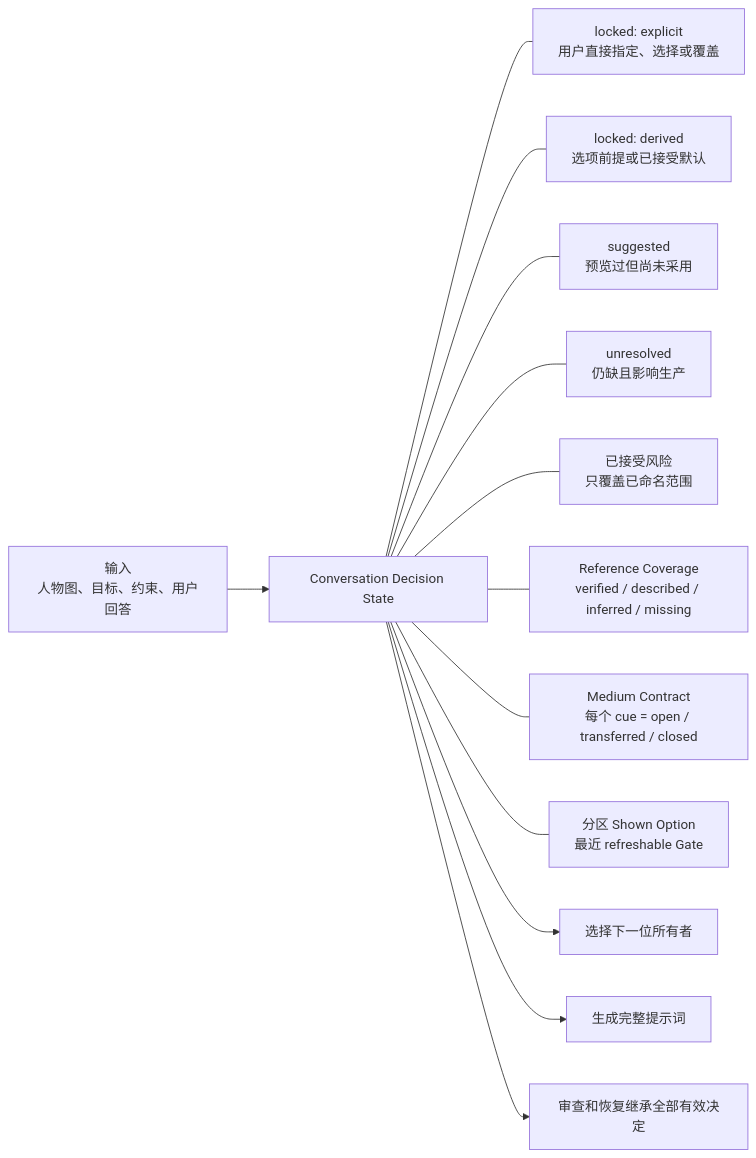
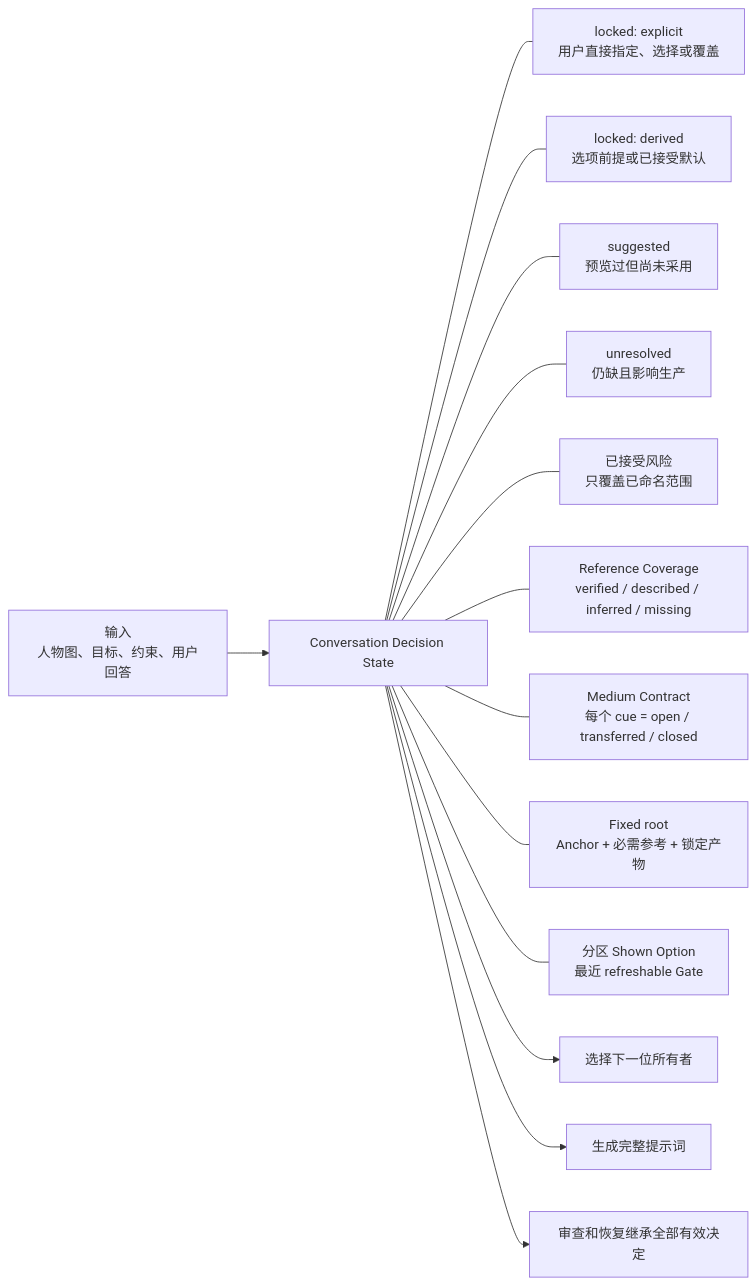
The third of 13 diagrams in docs/architecture.md (cyaoc/cast-me), drawn with Mermaid before and after one commit. The commit also changed other lines of this file and 6 other files, not shown here.

````diff
--- a/docs/architecture.md
+++ b/docs/architecture.md
@@ -136,17 +137,18 @@
 ```mermaid
 flowchart LR
     INPUT["输入<br/>人物图、目标、约束、用户回答"] --> STATE["Conversation Decision State"]
 
     STATE --- E["locked: explicit<br/>用户直接指定、选择或覆盖"]
     STATE --- D["locked: derived<br/>选项前提或已接受默认"]
     STATE --- S["suggested<br/>预览过但尚未采用"]
     STATE --- U["unresolved<br/>仍缺且影响生产"]
     STATE --- RISK["已接受风险<br/>只覆盖已命名范围"]
     STATE --- COVER["Reference Coverage<br/>verified / described / inferred / missing"]
     STATE --- MEDIUM["Medium Contract<br/>每个 cue = open / transferred / closed"]
+    STATE --- ROOT["Fixed root<br/>Anchor + 必需参考 + 锁定产物"]
     STATE --- HIST["分区 Shown Option<br/>最近 refreshable Gate"]
 
     STATE --> ROUTE["选择下一位所有者"]
     STATE --> PROMPT["生成完整提示词"]
     STATE --> REVIEW["审查和恢复继承全部有效决定"]
 ```
````
